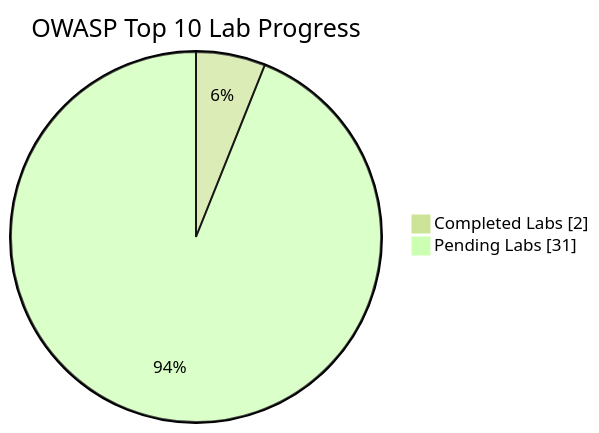
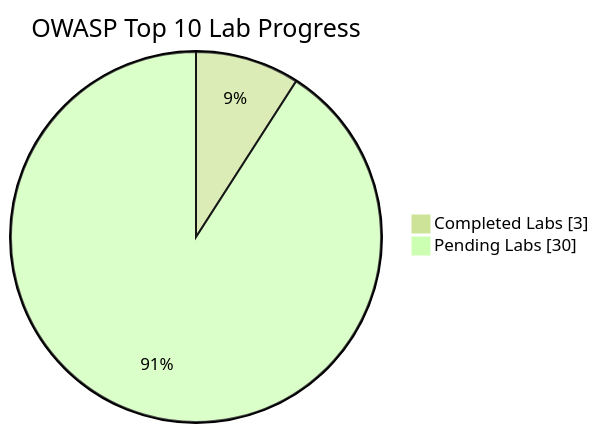
Before and after one commit to Nish344/owasp-top10-web-security: the diagram in README.md, drawn with Mermaid (forest theme). The commit also changed other lines of this file and 1 other file, not shown here.

````diff
--- a/README.md
+++ b/README.md
@@ -12,6 +12,6 @@
 ```mermaid
 pie showData
   title OWASP Top 10 Lab Progress
-  "Completed Labs" : 2
-  "Pending Labs" : 31
+  "Completed Labs" : 3
+  "Pending Labs" : 30
 ```
````
